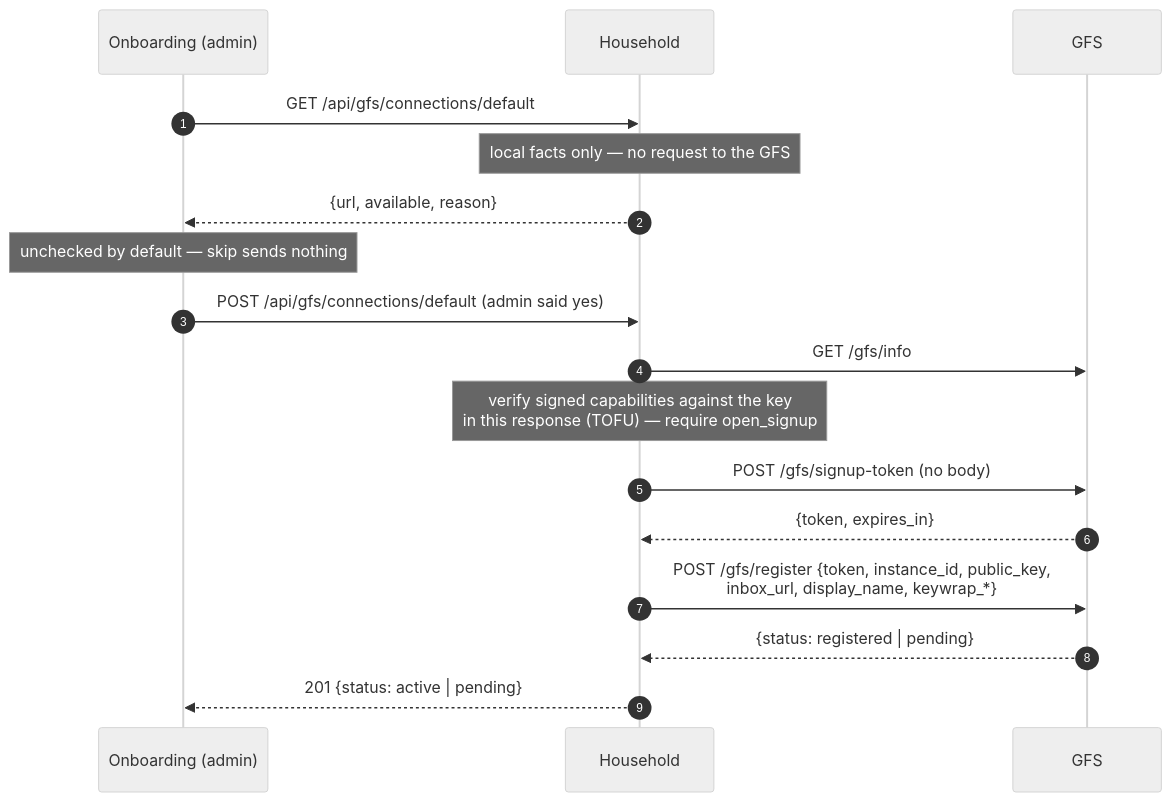
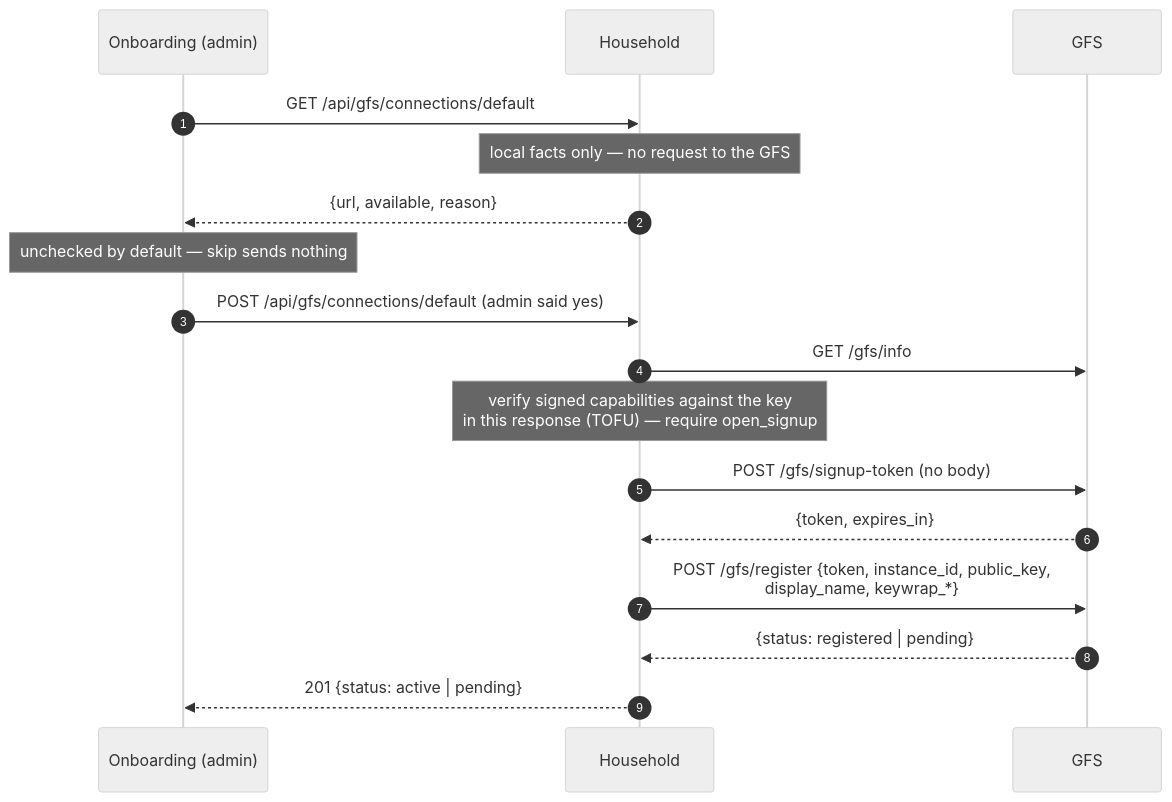
Before and after one commit to social-home-io/socialhome: the first of 8 diagrams in docs/protocol/discovery.md, drawn with Mermaid (neutral theme). The commit also changed other lines of this file and 73 other files, not shown here.

````diff
--- a/docs/protocol/discovery.md
+++ b/docs/protocol/discovery.md
@@ -347,19 +356,19 @@
 ```mermaid
 sequenceDiagram
     autonumber
     participant SPA as Onboarding (admin)
     participant H as Household
     participant G as GFS
     SPA->>H: GET /api/gfs/connections/default
     Note over H: local facts only — no request to the GFS
     H-->>SPA: {url, available, reason}
     Note over SPA: unchecked by default — skip sends nothing
     SPA->>H: POST /api/gfs/connections/default (admin said yes)
     H->>G: GET /gfs/info
     Note over H: verify signed capabilities against the key<br/>in this response (TOFU) — require open_signup
     H->>G: POST /gfs/signup-token (no body)
     G-->>H: {token, expires_in}
-    H->>G: POST /gfs/register {token, instance_id, public_key,<br/>inbox_url, display_name, keywrap_*}
+    H->>G: POST /gfs/register {token, instance_id, public_key,<br/>display_name, keywrap_*}
     G-->>H: {status: registered | pending}
     H-->>SPA: 201 {status: active | pending}
 ```
````
